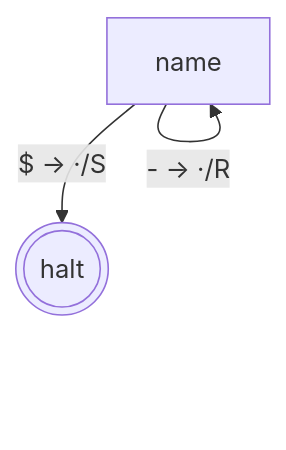
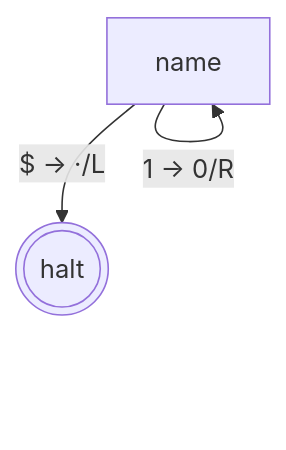
The second of 3 diagrams in packages/machine/README.md (mellonis/turing-machine-js), drawn with Mermaid before and after one commit. The commit also changed other lines of this file, not shown here.

First line of the commit message:
docs(machine): fix toMermaid example — drop dedupe edge + add legend

````diff
--- a/packages/machine/README.md
+++ b/packages/machine/README.md
@@ -235,9 +234,8 @@
 ```mermaid
 flowchart TD
 %% alphabets: [[" ","0","1","$"]]
   s0(((halt)))
   s1["name"]
   s1 -- "1 → 0/R" --> s1
-  s1 -- "$ → ·/S" --> s0
-  s1 -- "- → ·/R" --> s1
+  s1 -- "$ → ·/L" --> s0
 ```
````
